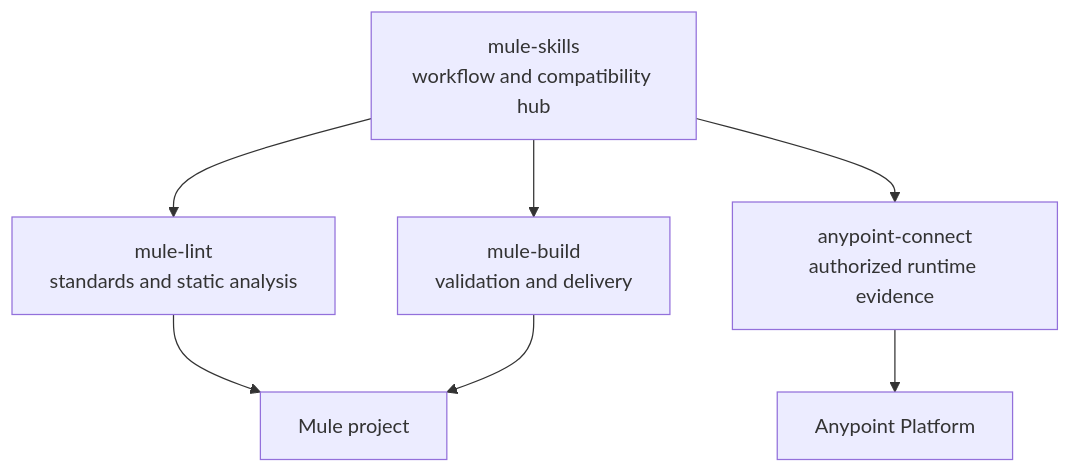
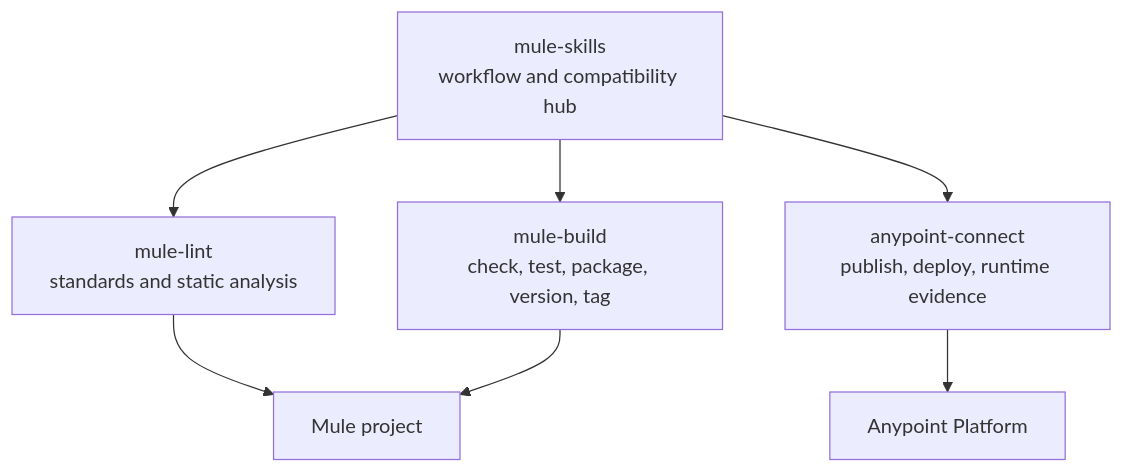
Before and after one commit to Avinava/mule-skills: the diagram in docs/ecosystem.md, drawn with Mermaid. The commit also changed other lines of this file and 27 other files, not shown here.

````diff
--- a/docs/ecosystem.md
+++ b/docs/ecosystem.md
@@ -27,9 +28,9 @@
 ```mermaid
 flowchart TD
     Skills["mule-skills<br/>workflow and compatibility hub"] --> Lint["mule-lint<br/>standards and static analysis"]
-    Skills --> Build["mule-build<br/>validation and delivery"]
-    Skills --> Connect["anypoint-connect<br/>authorized runtime evidence"]
+    Skills --> Build["mule-build<br/>check, test, package, version, tag"]
+    Skills --> Connect["anypoint-connect<br/>publish, deploy, runtime evidence"]
     Lint --> Project["Mule project"]
     Build --> Project
     Connect --> Platform["Anypoint Platform"]
 ```
````
